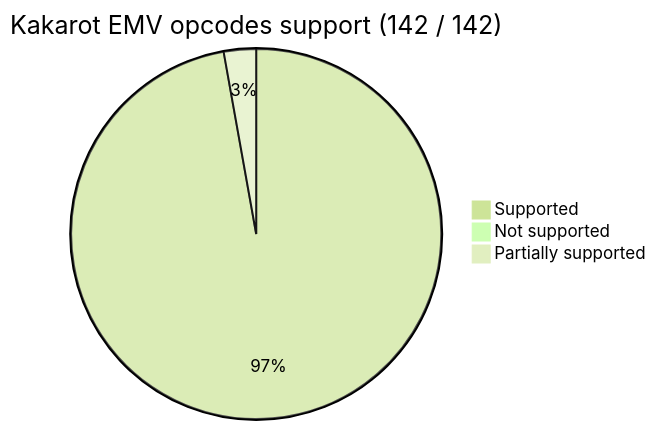
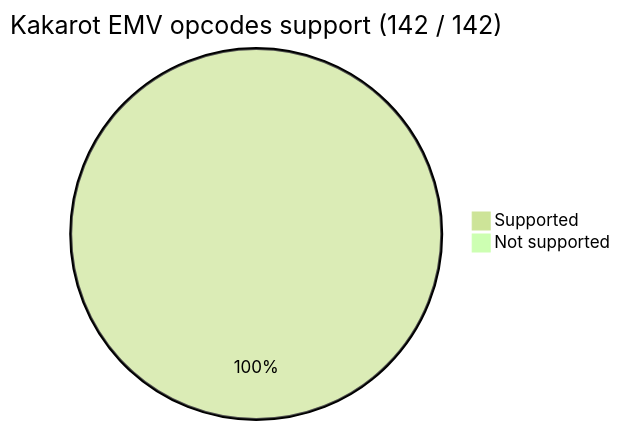
One commit to kkrt-labs/kakarot changed the first of 2 diagrams in README.md. Above: the diagram before and after it, drawn with Mermaid. The commit also changed other lines of this file, not shown here.

````diff
--- a/README.md
+++ b/README.md
@@ -42,8 +42,7 @@
 ```mermaid
 %%{init: {'theme': 'forest', 'themeVariables': { 'darkMode': 'false'}}}%%
 
 pie title Kakarot EMV opcodes support (142 / 142)
-    "Supported" : 138
+    "Supported" : 142
     "Not supported" : 0
-    "Partially supported" : 4
 ```
````
